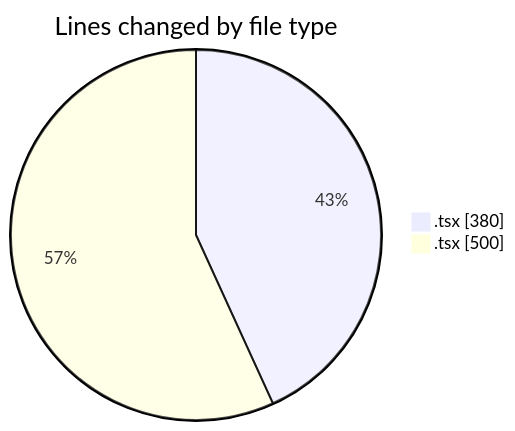
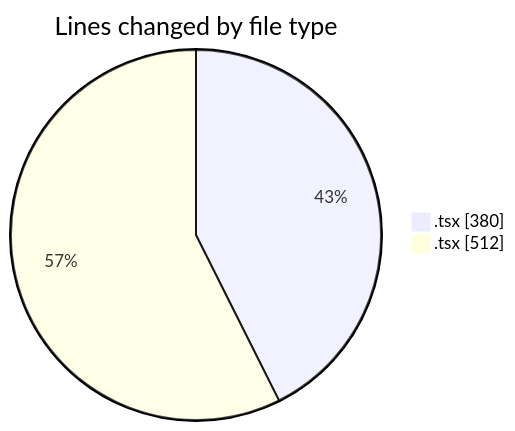
The first of 2 diagrams in 2025-02-06/mbc-web/README.md (robertbonfada/code-tracking), drawn with Mermaid before and after one commit. The commit also changed other lines of this file and 1 other file, not shown here.

````diff
--- a/2025-02-06/mbc-web/README.md
+++ b/2025-02-06/mbc-web/README.md
@@ -24,6 +24,6 @@
 ```mermaid
 pie showData
 title Lines changed by file type
 ".tsx " : 380
-".tsx" : 500
+".tsx" : 512
 ```
````
